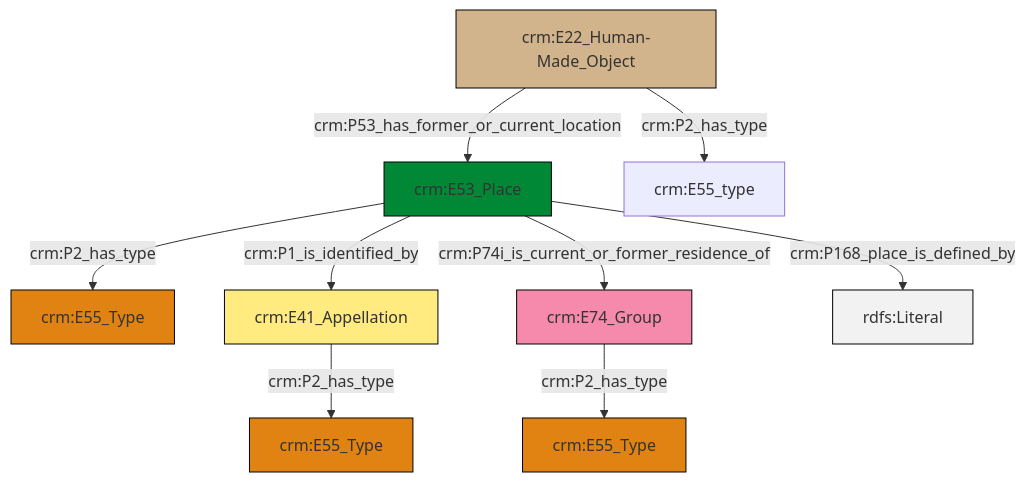
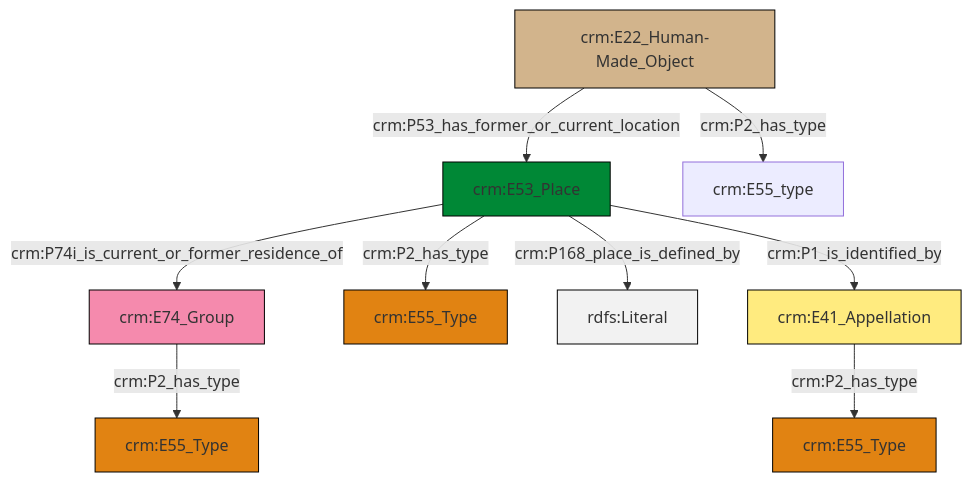
One commit to swiss-art-research-net/docs.swissartresearch changed the diagram in et/artworkCSV/ttl/mmd/Artwork_Location.ttl.mmd. Above: the diagram before and after it, drawn with Mermaid. The commit also changed 172 other files, not shown here.

```diff
--- a/et/artworkCSV/ttl/mmd/Artwork_Location.ttl.mmd
+++ b/et/artworkCSV/ttl/mmd/Artwork_Location.ttl.mmd
@@ -1,23 +1,23 @@
 graph TD
 classDef Literal fill:#f2f2f2,stroke:#000000;
 classDef CRM_Entity fill:#FFFFFF,stroke:#000000;
 classDef Temporal_Entity fill:#00C9E6, stroke:#000000;
 classDef Type fill:#E18312, stroke:#000000;
 classDef Time-Span fill:#2C9C91, stroke:#000000;
 classDef Appellation fill:#FFEB7F, stroke:#000000;
 classDef Place fill:#008836, stroke:#000000;
 classDef Persistent_Item fill:#B266B2, stroke:#000000;
 classDef Conceptual_Object fill:#FFD700, stroke:#000000;
 classDef Physical_Thing fill:#D2B48C, stroke:#000000;
 classDef Actor fill:#f58aad, stroke:#000000;
 classDef PC_Classes fill:#4ce600, stroke:#000000;
 classDef Multi fill:#cccccc,stroke:#000000;
 
-2["crm:E53_Place"]:::Place -->|crm:P2_has_type| 3["crm:E55_Type"]:::Type
-4["crm:E41_Appellation"]:::Appellation -->|crm:P2_has_type| 6["crm:E55_Type"]:::Type
-2["crm:E53_Place"]:::Place -->|crm:P1_is_identified_by| 4["crm:E41_Appellation"]:::Appellation
-7["crm:E74_Group"]:::Actor -->|crm:P2_has_type| 0["crm:E55_Type"]:::Type
-8["crm:E22_Human-Made_Object"]:::Physical_Thing -->|crm:P2_has_type| 10["crm:E55_type"]:::Default
-8["crm:E22_Human-Made_Object"]:::Physical_Thing -->|crm:P53_has_former_or_current_location| 2["crm:E53_Place"]:::Place
-2["crm:E53_Place"]:::Place -->|crm:P74i_is_current_or_former_residence_of| 7["crm:E74_Group"]:::Actor
-2["crm:E53_Place"]:::Place -->|crm:P168_place_is_defined_by| 19[rdfs:Literal]:::Literal
+0["crm:E53_Place"]:::Place -->|crm:P74i_is_current_or_former_residence_of| 1["crm:E74_Group"]:::Actor
+0["crm:E53_Place"]:::Place -->|crm:P168_place_is_defined_by| 6[rdfs:Literal]:::Literal
+9["crm:E22_Human-Made_Object"]:::Physical_Thing -->|crm:P2_has_type| 7["crm:E55_type"]:::Default
+10["crm:E41_Appellation"]:::Appellation -->|crm:P2_has_type| 2["crm:E55_Type"]:::Type
+1["crm:E74_Group"]:::Actor -->|crm:P2_has_type| 14["crm:E55_Type"]:::Type
+0["crm:E53_Place"]:::Place -->|crm:P1_is_identified_by| 10["crm:E41_Appellation"]:::Appellation
+0["crm:E53_Place"]:::Place -->|crm:P2_has_type| 4["crm:E55_Type"]:::Type
+9["crm:E22_Human-Made_Object"]:::Physical_Thing -->|crm:P53_has_former_or_current_location| 0["crm:E53_Place"]:::Place
```
